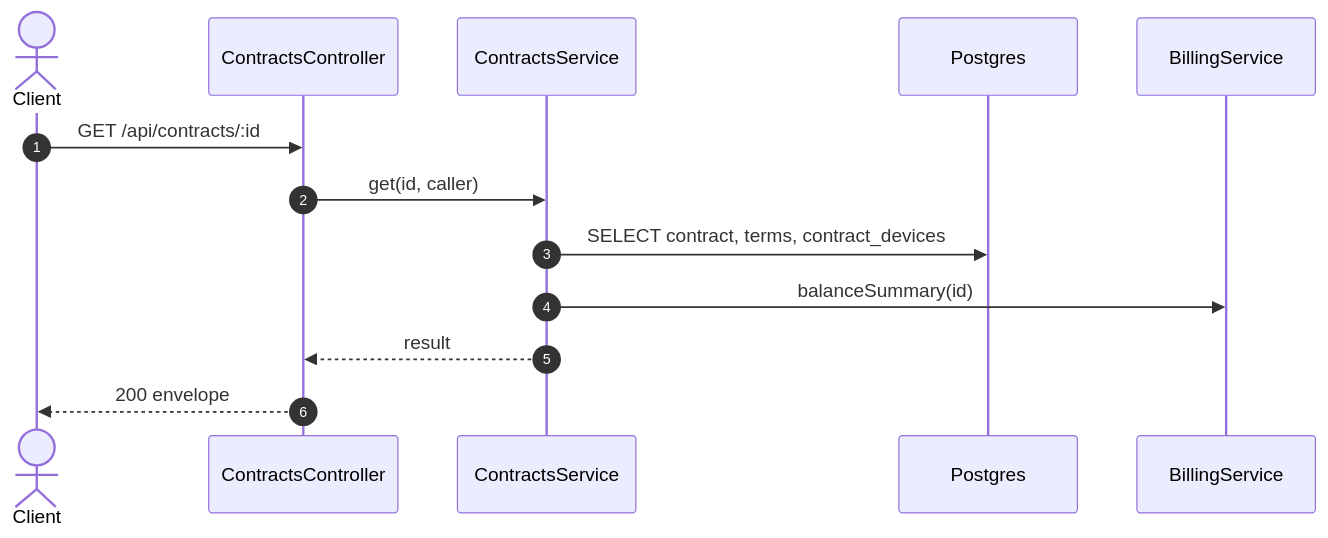
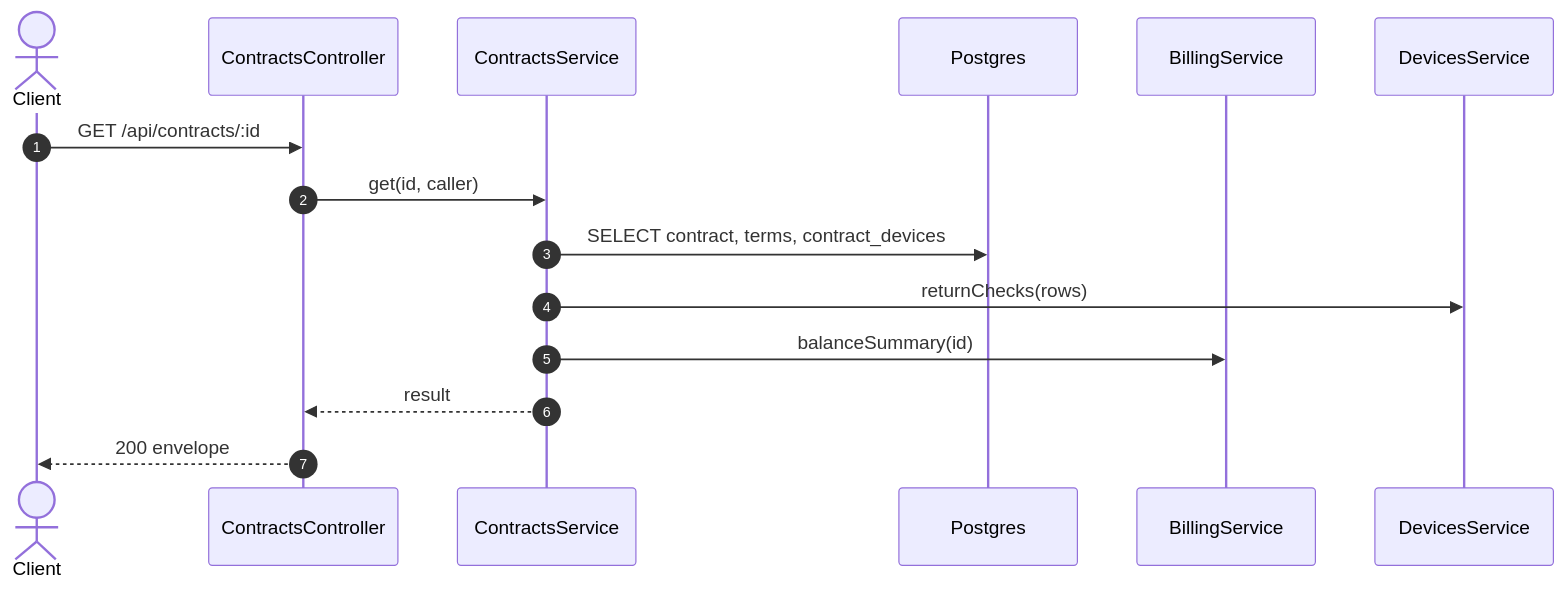
The second of 2 diagrams in specs/rentals/api-design/03-get-contracts-id.md (TrekLink-Team/treklink-web), drawn with Mermaid before and after one commit. The commit also changed other lines of this file and 18 other files, not shown here.

````diff
--- a/specs/rentals/api-design/03-get-contracts-id.md
+++ b/specs/rentals/api-design/03-get-contracts-id.md
@@ -183,15 +192,17 @@
 ```mermaid
 sequenceDiagram
     autonumber
     actor C as Client
     participant Ctl as ContractsController
     participant Svc as ContractsService
     participant DB as Postgres
     participant Bill as BillingService
+    participant Dev as DevicesService
     C->>Ctl: GET /api/contracts/:id
     Ctl->>Svc: get(id, caller)
     Svc->>DB: SELECT contract, terms, contract_devices
+    Svc->>Dev: returnChecks(rows)
     Svc->>Bill: balanceSummary(id)
     Svc-->>Ctl: result
     Ctl-->>C: 200 envelope
 ```
````
